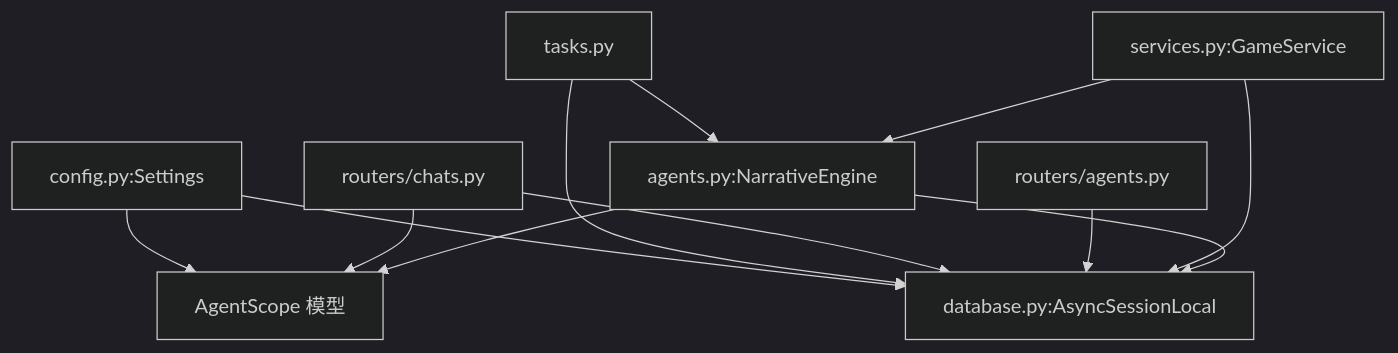
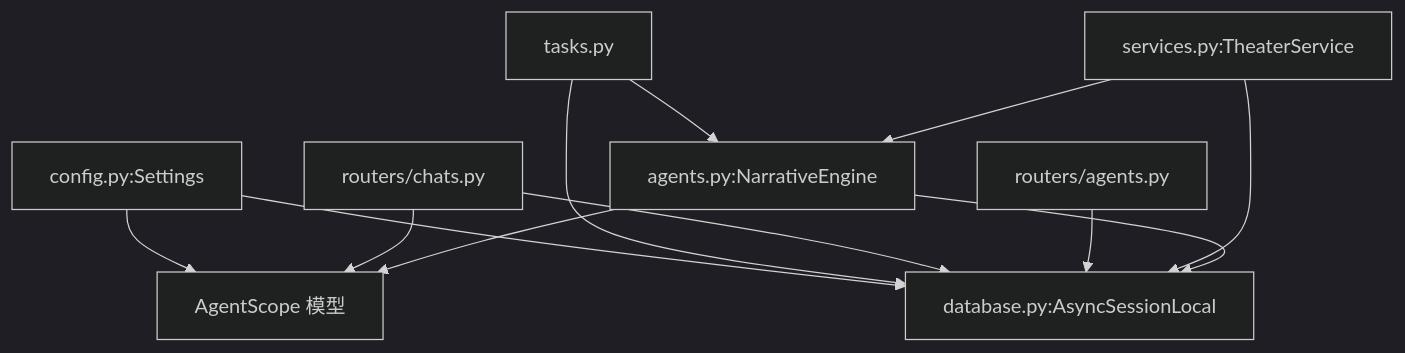
The ninth of 9 diagrams in .qoder/repowiki/zh/content/系统架构/多智能体叙事引擎架构.md (KunLabAI/KunFlix), drawn with Mermaid (dark theme) before and after one commit. The commit also changed other lines of this file and 112 other files, not shown here.

````diff
--- a/.qoder/repowiki/zh/content/系统架构/多智能体叙事引擎架构.md
+++ b/.qoder/repowiki/zh/content/系统架构/多智能体叙事引擎架构.md
@@ -339,14 +339,14 @@
 ```mermaid
 graph TB
 NE["agents.py:NarrativeEngine"] --> AS["AgentScope 模型"]
 NE --> DB["database.py:AsyncSessionLocal"]
-SV["services.py:GameService"] --> NE
+SV["services.py:TheaterService"] --> NE
 SV --> DB
 RTA["routers/agents.py"] --> DB
 RTC["routers/chats.py"] --> DB
 RTC --> AS
 TK["tasks.py"] --> NE
 TK --> DB
 CFG["config.py:Settings"] --> DB
 CFG --> AS
 ```
````
